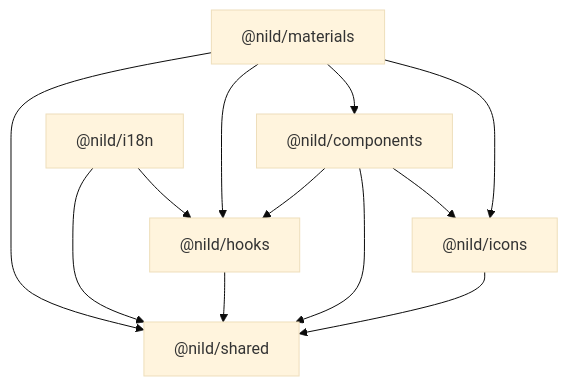
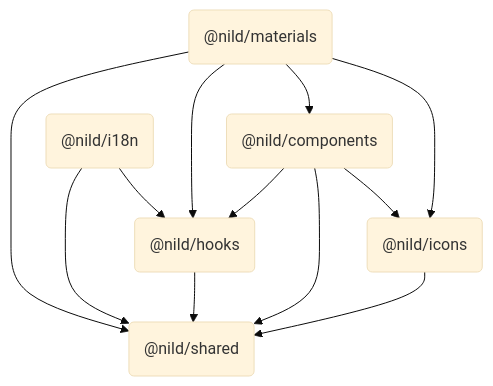
One commit to nil-design/nil-design changed the diagram in docs/zh-CN/guide/quick-start.md. Above: the diagram before and after it, drawn with Mermaid (base theme).

Commit message:
docs: change the nodes of the flowchart to have rounded corners

````diff
--- a/docs/zh-CN/guide/quick-start.md
+++ b/docs/zh-CN/guide/quick-start.md
@@ -14,21 +14,21 @@
 ```mermaid
 flowchart TD
-  components["@nild/components"]
-  hooks["@nild/hooks"]
-  i18n["@nild/i18n"]
-  icons["@nild/icons"]
-  materials["@nild/materials"]
-  shared["@nild/shared"]
+  components("@nild/components")
+  hooks("@nild/hooks")
+  i18n("@nild/i18n")
+  icons("@nild/icons")
+  materials("@nild/materials")
+  shared("@nild/shared")
 
   hooks --> shared
   i18n --> shared
   i18n --> hooks
   icons --> shared
   components --> hooks
   components --> shared
   components --> icons
   materials --> shared
   materials --> hooks
   materials --> components
   materials --> icons
 ```
````
